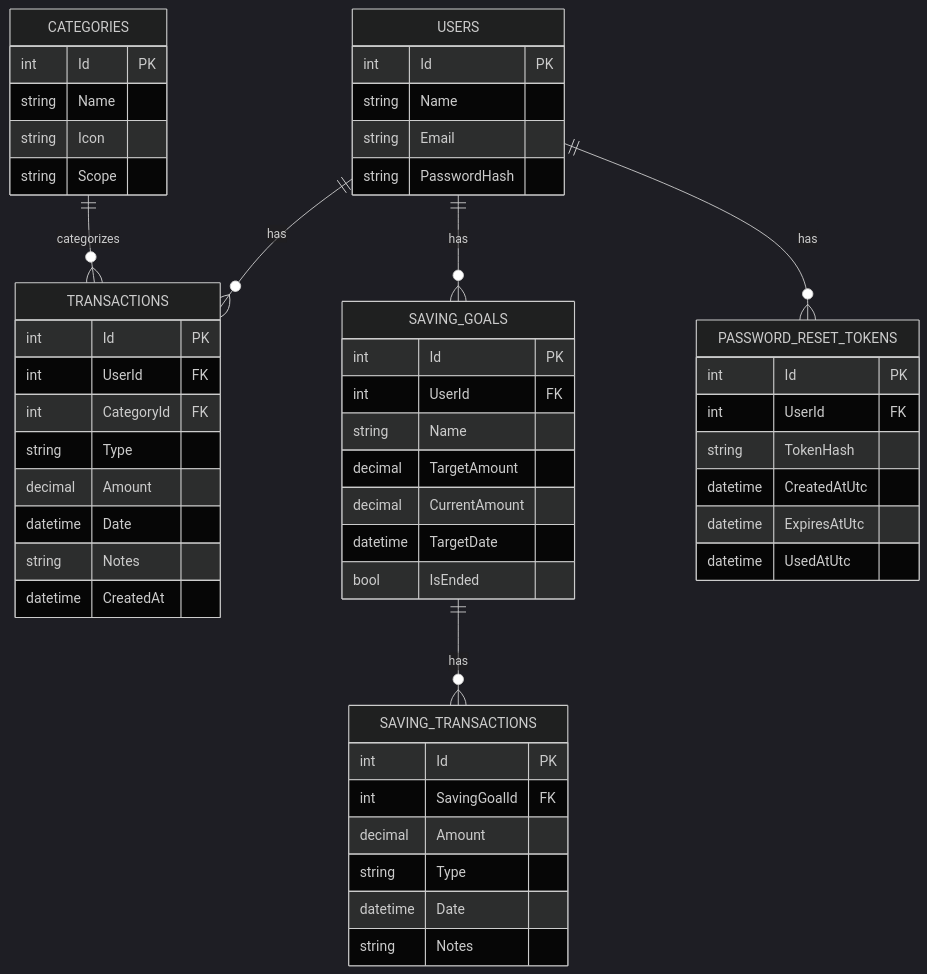
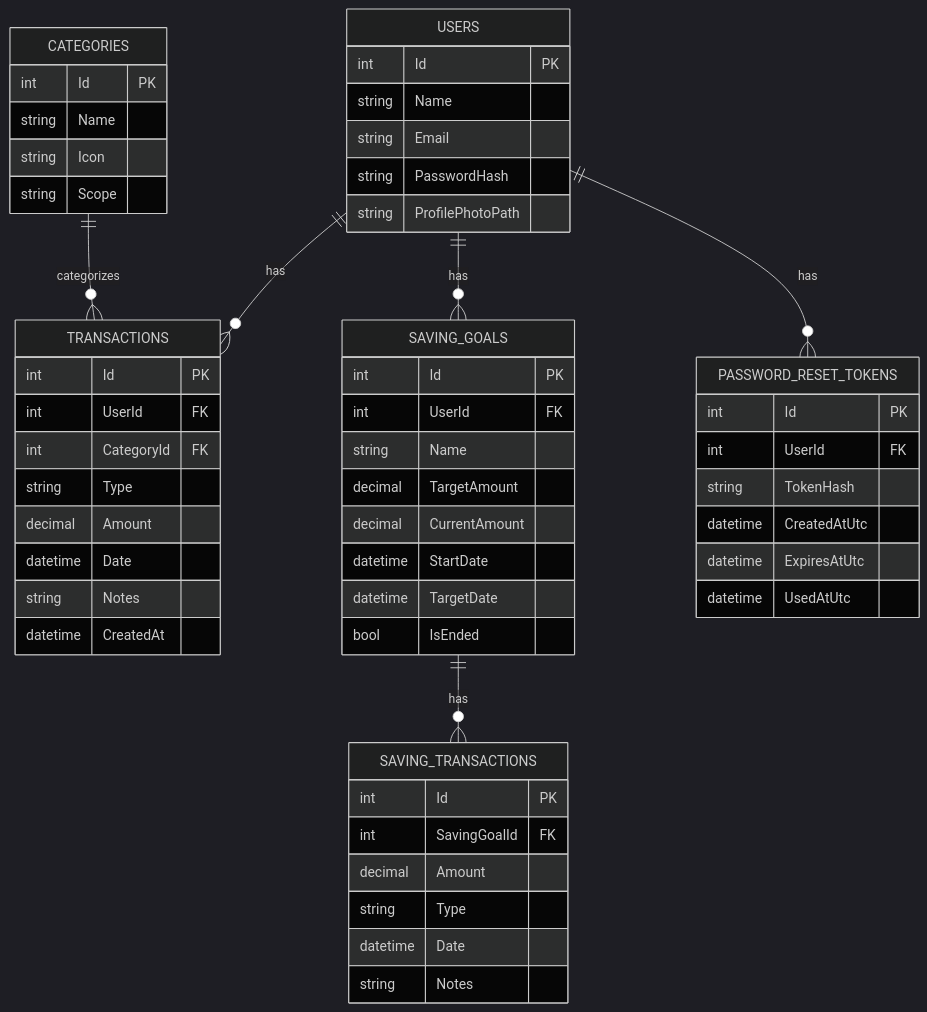
The first of 2 diagrams in DOCUMENTATION.md (tina052922/SpendyMobileSystem), drawn with Mermaid (dark theme) before and after one commit. The commit also changed other lines of this file and 12 other files, not shown here.

````diff
--- a/DOCUMENTATION.md
+++ b/DOCUMENTATION.md
@@ -132,61 +125,63 @@
 ```mermaid
 erDiagram
   USERS ||--o{ TRANSACTIONS : has
   CATEGORIES ||--o{ TRANSACTIONS : categorizes
   USERS ||--o{ SAVING_GOALS : has
   SAVING_GOALS ||--o{ SAVING_TRANSACTIONS : has
   USERS ||--o{ PASSWORD_RESET_TOKENS : has
 
   USERS {
     int Id PK
     string Name
     string Email
     string PasswordHash
+    string ProfilePhotoPath
   }
 
   CATEGORIES {
     int Id PK
     string Name
     string Icon
     string Scope
   }
 
   TRANSACTIONS {
     int Id PK
     int UserId FK
     int CategoryId FK
     string Type
     decimal Amount
     datetime Date
     string Notes
     datetime CreatedAt
   }
 
   SAVING_GOALS {
     int Id PK
     int UserId FK
     string Name
     decimal TargetAmount
     decimal CurrentAmount
+    datetime StartDate
     datetime TargetDate
     bool IsEnded
   }
 
   SAVING_TRANSACTIONS {
     int Id PK
     int SavingGoalId FK
     decimal Amount
     string Type
     datetime Date
     string Notes
   }
 
   PASSWORD_RESET_TOKENS {
     int Id PK
     int UserId FK
     string TokenHash
     datetime CreatedAtUtc
     datetime ExpiresAtUtc
     datetime UsedAtUtc
   }
 ```
````
